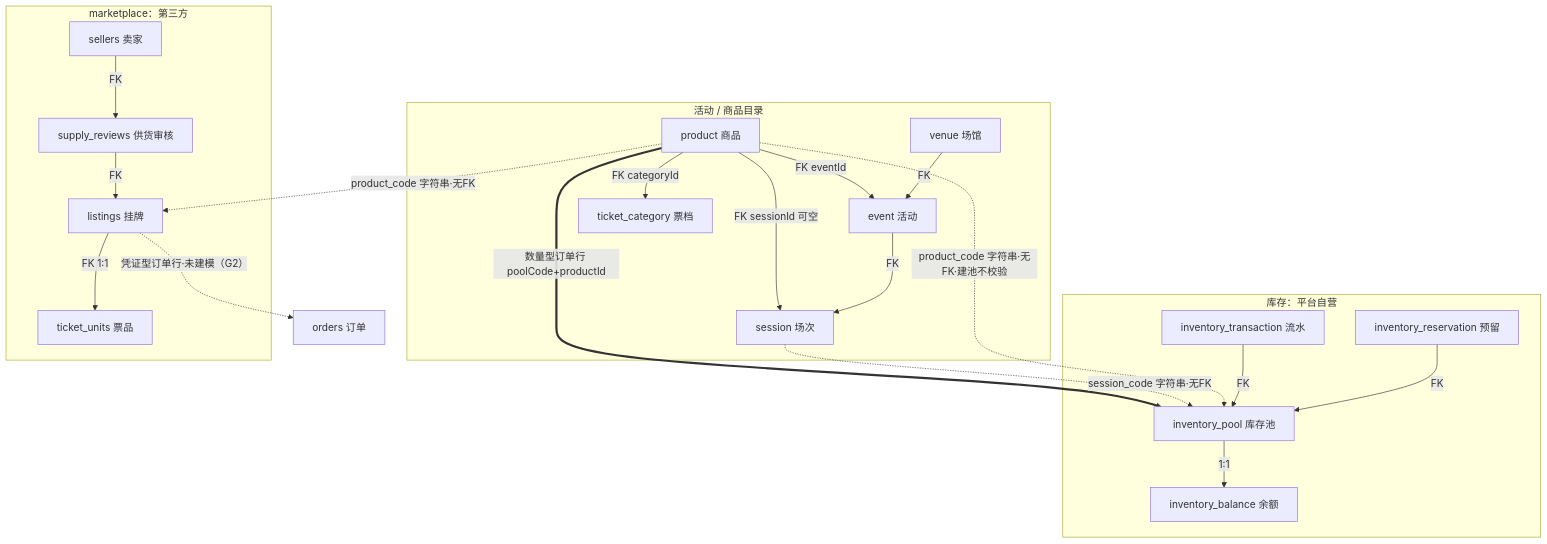
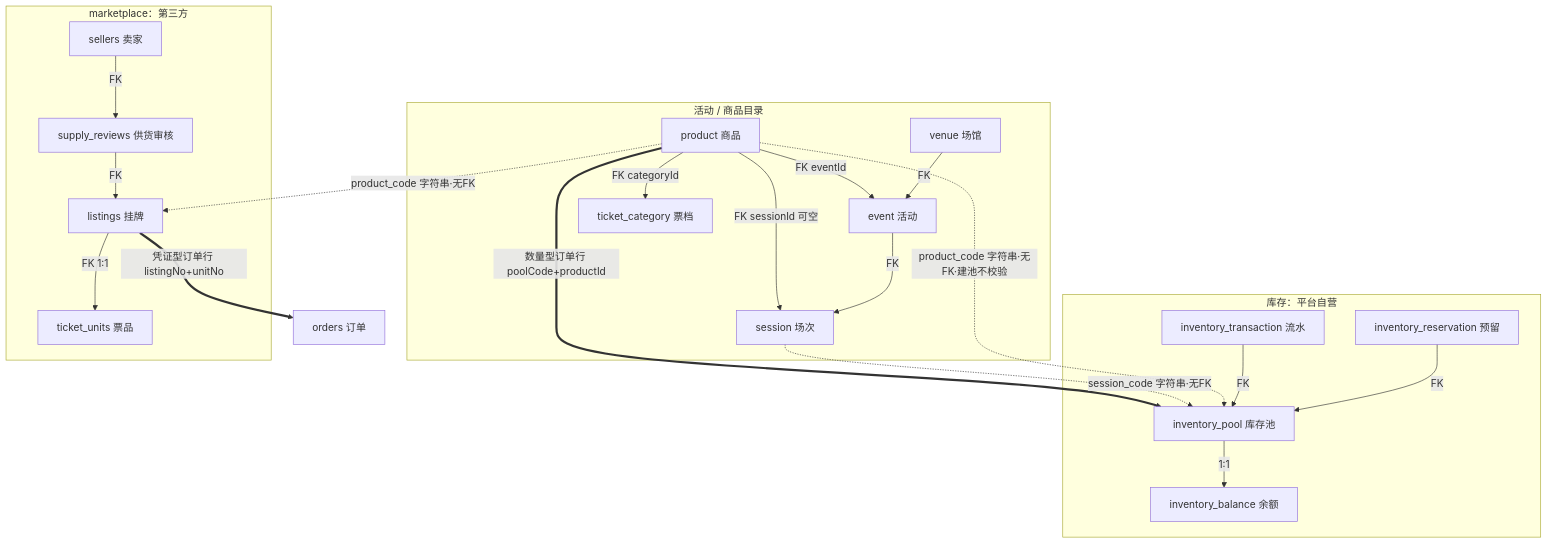
One commit to cuihairu/awn changed the first of 2 diagrams in docs/architecture/trading-model.md. Above: the diagram before and after it, drawn with Mermaid. The commit also changed other lines of this file and 16 other files, not shown here.

Commit message:
feat: wire listing into order flow

````diff
--- a/docs/architecture/trading-model.md
+++ b/docs/architecture/trading-model.md
@@ -20,31 +20,31 @@
 ```mermaid
 flowchart TD
     subgraph CE[活动 / 商品目录]
         VENUE["venue 场馆"] -->|FK| EVENT["event 活动"]
         EVENT -->|FK| SESSION["session 场次"]
         TC["ticket_category 票档"]
         PRODUCT["product 商品"]
         PRODUCT -->|FK eventId| EVENT
         PRODUCT -->|FK sessionId 可空| SESSION
         PRODUCT -->|FK categoryId| TC
     end
 
     subgraph INV[库存：平台自营]
         POOL["inventory_pool 库存池"] -->|1:1| BAL["inventory_balance 余额"]
         RES["inventory_reservation 预留"] -->|FK| POOL
         TXN["inventory_transaction 流水"] -->|FK| POOL
     end
 
     subgraph MP[marketplace：第三方]
         SELLER["sellers 卖家"] -->|FK| REVIEW["supply_reviews 供货审核"]
         REVIEW -->|FK| LISTING["listings 挂牌"]
         LISTING -->|FK 1:1| UNIT["ticket_units 票品"]
     end
 
     PRODUCT -.->|"product_code 字符串·无FK·建池不校验"| POOL
     SESSION -.->|"session_code 字符串·无FK"| POOL
     PRODUCT -.->|"product_code 字符串·无FK"| LISTING
     PRODUCT ==>|"数量型订单行 poolCode+productId"| POOL
     ORDER["orders 订单"]
-    LISTING -.->|"凭证型订单行·未建模（G2）"| ORDER
+    LISTING ==>|"凭证型订单行 listingNo+unitNo"| ORDER
 ```
````
